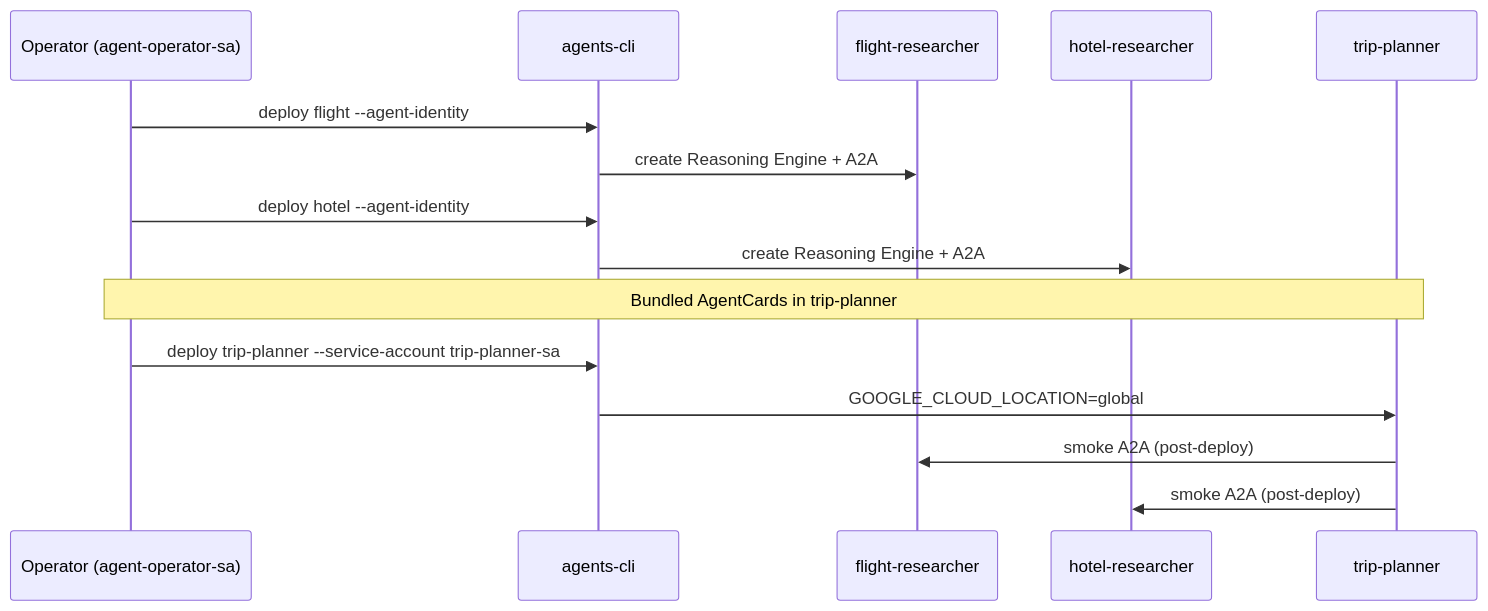
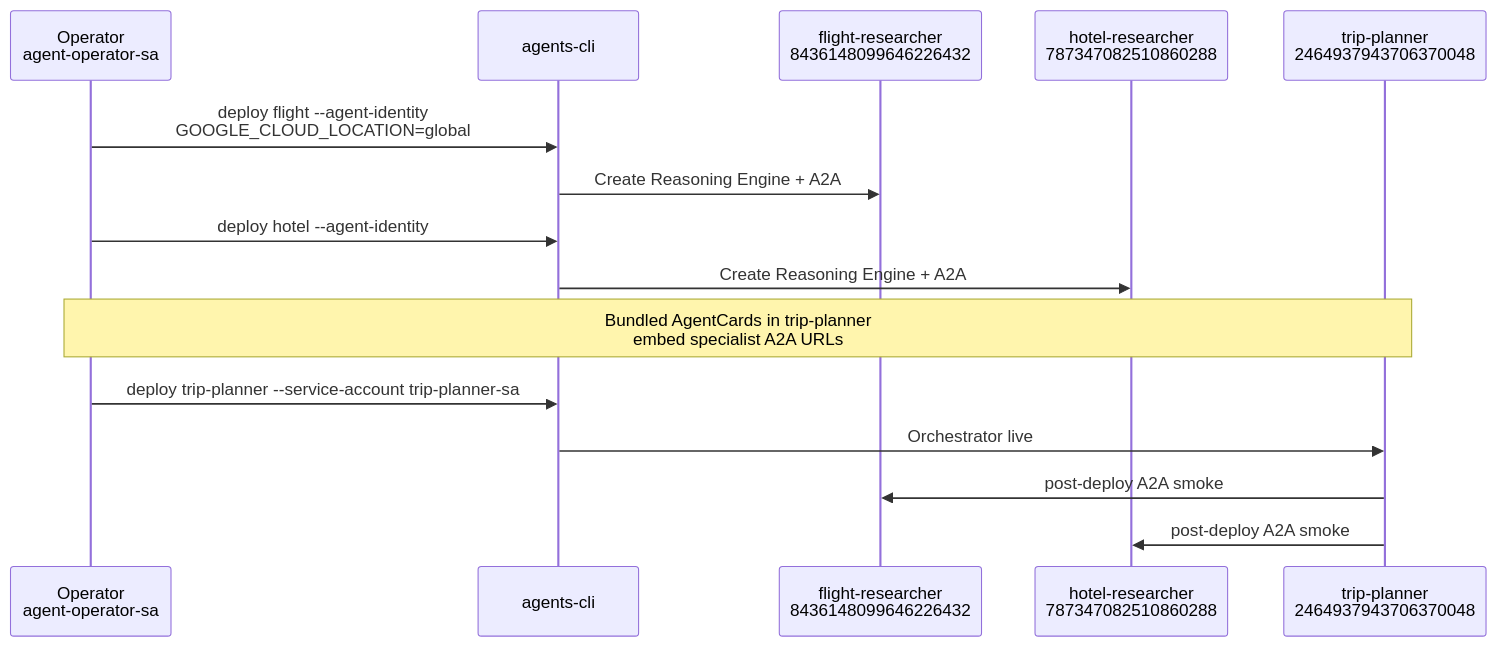
The seventh of 7 diagrams in docs/guides/02-iam-deploy.md (yu-iskw/agent-cli-demo), drawn with Mermaid before and after one commit. The commit also changed other lines of this file and 22 other files, not shown here.

````diff
--- a/docs/guides/02-iam-deploy.md
+++ b/docs/guides/02-iam-deploy.md
@@ -134,18 +296,18 @@
 ```mermaid
 sequenceDiagram
-  participant Op as Operator (agent-operator-sa)
+  participant Op as Operator<br/>agent-operator-sa
   participant CLI as agents-cli
-  participant FR as flight-researcher
-  participant HR as hotel-researcher
-  participant TP as trip-planner
+  participant FR as flight-researcher<br/>8436148099646226432
+  participant HR as hotel-researcher<br/>787347082510860288
+  participant TP as trip-planner<br/>2464937943706370048
 
-  Op->>CLI: deploy flight --agent-identity
-  CLI->>FR: create Reasoning Engine + A2A
+  Op->>CLI: deploy flight --agent-identity<br/>GOOGLE_CLOUD_LOCATION=global
+  CLI->>FR: Create Reasoning Engine + A2A
   Op->>CLI: deploy hotel --agent-identity
-  CLI->>HR: create Reasoning Engine + A2A
-  Note over Op,TP: Bundled AgentCards in trip-planner
+  CLI->>HR: Create Reasoning Engine + A2A
+  Note over Op,TP: Bundled AgentCards in trip-planner<br/>embed specialist A2A URLs
   Op->>CLI: deploy trip-planner --service-account trip-planner-sa
-  CLI->>TP: GOOGLE_CLOUD_LOCATION=global
-  TP->>FR: smoke A2A (post-deploy)
-  TP->>HR: smoke A2A (post-deploy)
+  CLI->>TP: Orchestrator live
+  TP->>FR: post-deploy A2A smoke
+  TP->>HR: post-deploy A2A smoke
 ```
````
